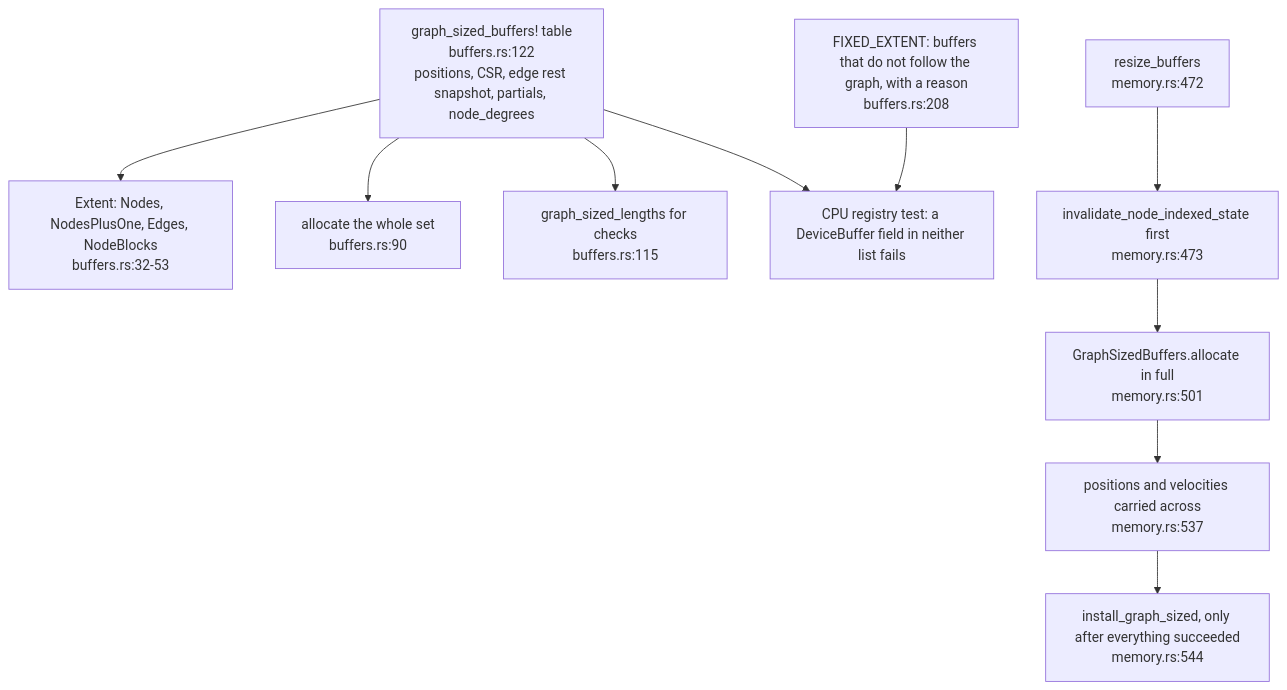
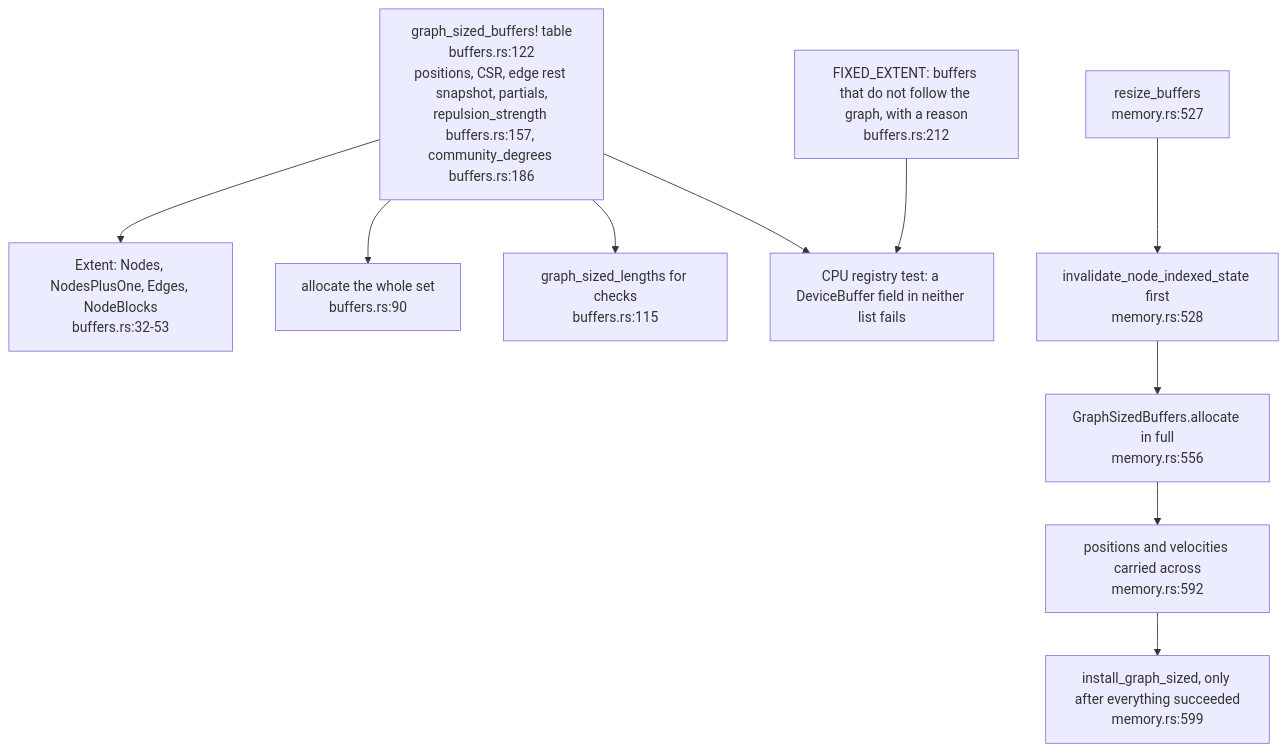
Before and after one commit to DreamLab-AI/VisionFlow: the first of 5 diagrams in docs/diagrams/visionclaw/60-gpu-buffer-lifecycle-and-kernel-harness.md, drawn with Mermaid. The commit also changed other lines of this file and 2 other files, not shown here.

First line of the commit message:
diagrams(visionclaw): re-verify VC-59, VC-60, VC-61 at visionclaw 4900ec60b

````diff
--- a/docs/diagrams/visionclaw/60-gpu-buffer-lifecycle-and-kernel-harness.md
+++ b/docs/diagrams/visionclaw/60-gpu-buffer-lifecycle-and-kernel-harness.md
@@ -35,12 +35,12 @@
 ```mermaid
 flowchart TB
-    TABLE["graph_sized_buffers! table<br/>buffers.rs:122<br/>positions, CSR, edge rest snapshot, partials, node_degrees"] --> EXT["Extent: Nodes, NodesPlusOne, Edges, NodeBlocks<br/>buffers.rs:32-53"]
+    TABLE["graph_sized_buffers! table<br/>buffers.rs:122<br/>positions, CSR, edge rest snapshot, partials,<br/>repulsion_strength buffers.rs:157, community_degrees buffers.rs:186"] --> EXT["Extent: Nodes, NodesPlusOne, Edges, NodeBlocks<br/>buffers.rs:32-53"]
     TABLE --> ALLOC["allocate the whole set<br/>buffers.rs:90"]
     TABLE --> LEN["graph_sized_lengths for checks<br/>buffers.rs:115"]
-    FIXED["FIXED_EXTENT: buffers that do not follow the graph, with a reason<br/>buffers.rs:208"] --> REGTEST["CPU registry test: a DeviceBuffer field in neither list fails"]
+    FIXED["FIXED_EXTENT: buffers that do not follow the graph, with a reason<br/>buffers.rs:212"] --> REGTEST["CPU registry test: a DeviceBuffer field in neither list fails"]
     TABLE --> REGTEST
-    RESIZE["resize_buffers<br/>memory.rs:472"] --> INV["invalidate_node_indexed_state first<br/>memory.rs:473"]
-    INV --> FRESH["GraphSizedBuffers.allocate in full<br/>memory.rs:501"]
-    FRESH --> CARRY["positions and velocities carried across<br/>memory.rs:537"]
-    CARRY --> INSTALL["install_graph_sized, only after everything succeeded<br/>memory.rs:544"]
+    RESIZE["resize_buffers<br/>memory.rs:527"] --> INV["invalidate_node_indexed_state first<br/>memory.rs:528"]
+    INV --> FRESH["GraphSizedBuffers.allocate in full<br/>memory.rs:556"]
+    FRESH --> CARRY["positions and velocities carried across<br/>memory.rs:592"]
+    CARRY --> INSTALL["install_graph_sized, only after everything succeeded<br/>memory.rs:599"]
 ```
````
